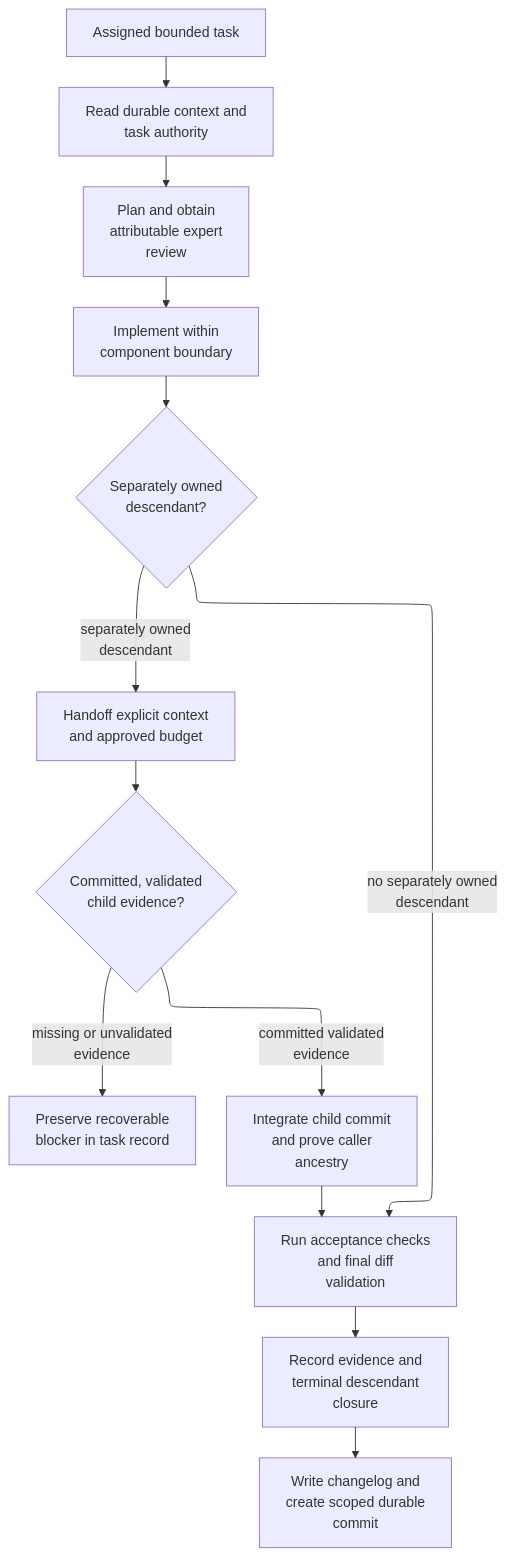
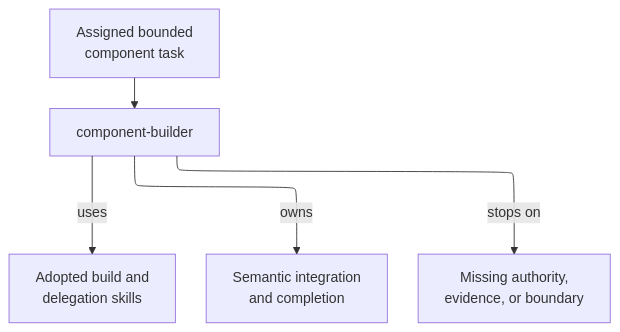
The diagram in agents/component-builder/as-is.md (abstract-business-systems/as-is), drawn with Mermaid before and after one commit. The commit also changed other lines of this file and 35 other files, not shown here.

````diff
--- a/agents/component-builder/as-is.md
+++ b/agents/component-builder/as-is.md
@@ -36,19 +15,11 @@
 ```mermaid
 ---
 config:
   layout: elk
 ---
 flowchart TB
-    Task["Assigned bounded task"] --> Context["Read durable context and<br/>task authority"]
-    Context --> Review["Plan and obtain<br/>attributable expert<br/>review"]
-    Review --> Implement["Implement within<br/>component boundary"]
-    Implement --> Child{"Separately owned<br/>descendant?"}
-    Child -->|no separately owned<br/>descendant| Validate["Run acceptance checks<br/>and final diff<br/>validation"]
-    Child -->|separately owned<br/>descendant| Handoff["Handoff explicit context<br/>and approved budget"]
-    Handoff --> Evidence{"Committed, validated<br/>child evidence?"}
-    Evidence -->|missing or unvalidated<br/>evidence| Blocker["Preserve recoverable<br/>blocker in task record"]
-    Evidence -->|committed validated<br/>evidence| Integrate["Integrate child commit<br/>and prove caller<br/>ancestry"]
-    Integrate --> Validate
-    Validate --> Closure["Record evidence and<br/>terminal descendant<br/>closure"]
-    Closure --> Commit["Write changelog and<br/>create scoped durable<br/>commit"]
+    Task["Assigned bounded<br/>component task"] --> Builder["component-builder"]
+    Builder -->|uses| Mechanics["Adopted build and<br/>delegation skills"]
+    Builder -->|owns| Integration["Semantic integration<br/>and completion"]
+    Builder -->|stops on| Blocker["Missing authority,<br/>evidence, or boundary"]
 ```
````
